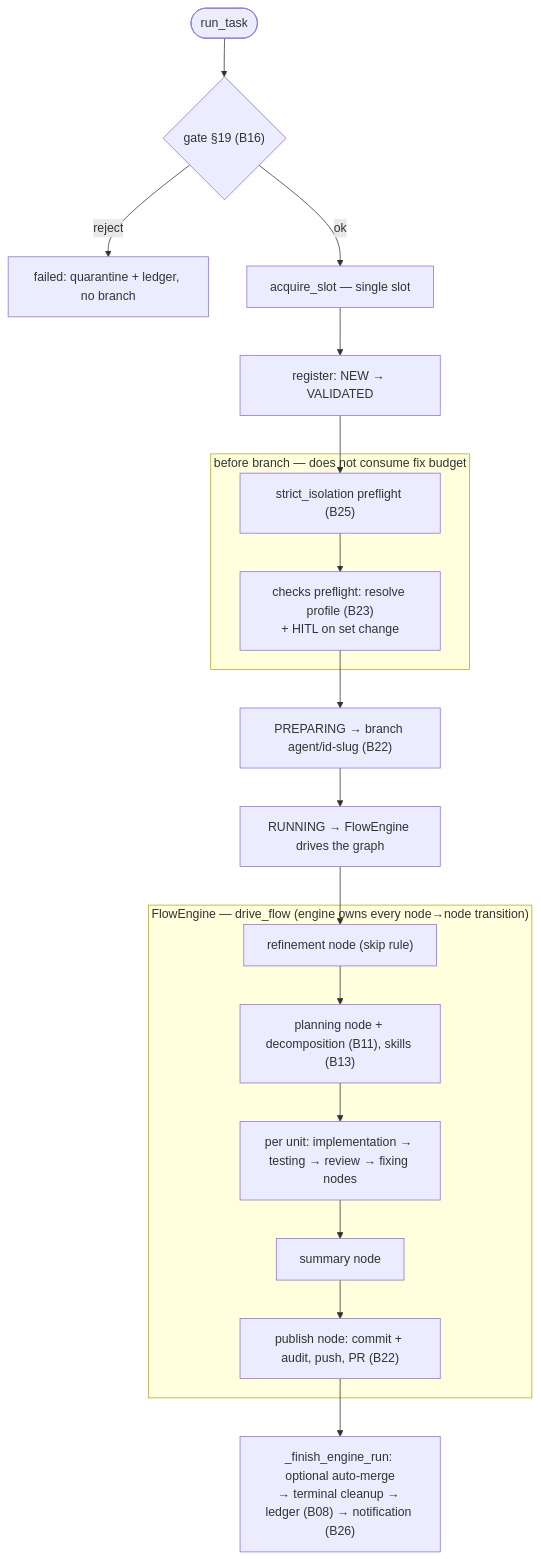
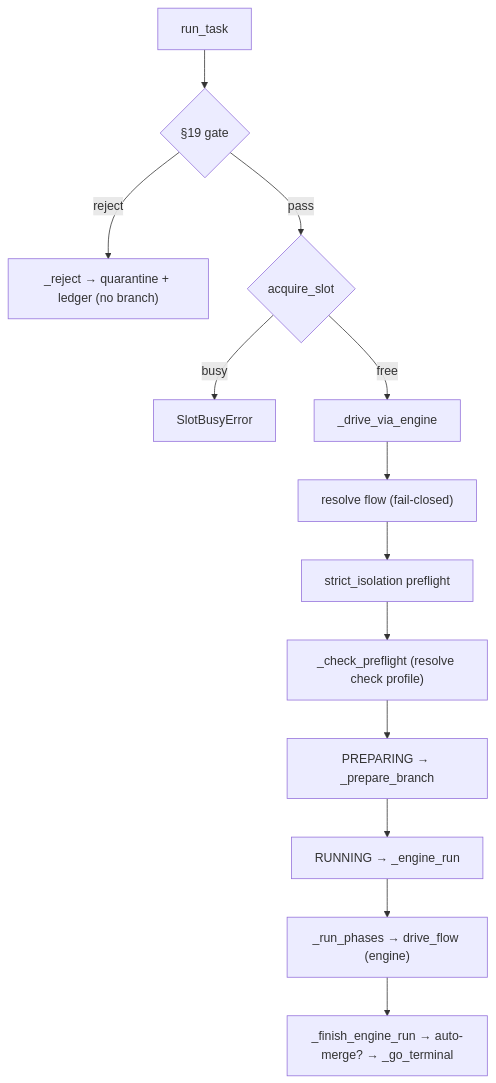
One commit to VladimirMakarevich/wastech-orchestrator changed the diagram in docs/functional/blocks/B06-orchestrator-pipeline.md. Above: the diagram before and after it, drawn with Mermaid. The commit also changed other lines of this file and 39 other files, not shown here.

First line of the commit message:
docs: Add detailed documentation for new flows and components

````diff
--- a/docs/functional/blocks/B06-orchestrator-pipeline.md
+++ b/docs/functional/blocks/B06-orchestrator-pipeline.md
@@ -53,25 +29,15 @@
 ```mermaid
-flowchart TB
-    rt(["run_task"]) --> gate{"gate §19 (B16)"}
-    gate -->|reject| rej["failed: quarantine + ledger, no branch"]
-    gate -->|ok| slot["acquire_slot — single slot"]
-    slot --> reg["register: NEW → VALIDATED"]
-    reg --> iso
-
-    subgraph before["before branch — does not consume fix budget"]
-      iso["strict_isolation preflight (B25)"] --> chk["checks preflight: resolve profile (B23)<br/>+ HITL on set change"]
-    end
-
-    chk --> branch["PREPARING → branch agent/id-slug (B22)"]
-    branch --> run["RUNNING → FlowEngine drives the graph"]
-
-    subgraph engine["FlowEngine — drive_flow (engine owns every node→node transition)"]
-      refine["refinement node (skip rule)"] --> plan["planning node + decomposition (B11), skills (B13)"]
-      plan --> units["per unit: implementation → testing → review → fixing nodes"]
-      units --> summ["summary node"]
-      summ --> pub["publish node: commit + audit, push, PR (B22)"]
-    end
-
-    run --> refine
-    pub --> term["_finish_engine_run: optional auto-merge<br/>→ terminal cleanup → ledger (B08) → notification (B26)"]
+flowchart TD
+    rt["run_task"] --> gate{"§19 gate"}
+    gate -->|reject| rej["_reject → quarantine + ledger (no branch)"]
+    gate -->|pass| slot{"acquire_slot"}
+    slot -->|busy| busy["SlotBusyError"]
+    slot -->|free| drive["_drive_via_engine"]
+    drive --> rflow["resolve flow (fail-closed)"]
+    rflow --> iso["strict_isolation preflight"]
+    iso --> pre["_check_preflight (resolve check profile)"]
+    pre --> prep["PREPARING → _prepare_branch"]
+    prep --> run["RUNNING → _engine_run"]
+    run --> phases["_run_phases → drive_flow (engine)"]
+    phases --> finish["_finish_engine_run → auto-merge? → _go_terminal"]
 ```
````
